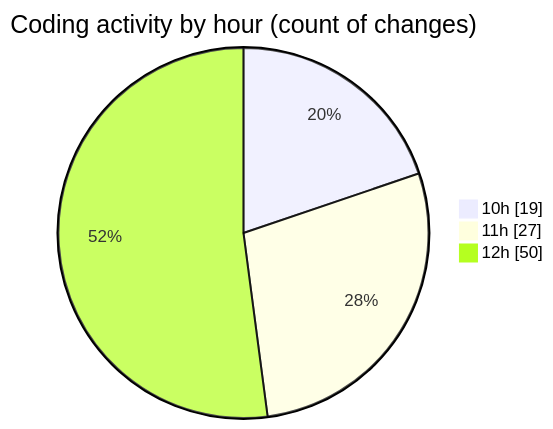
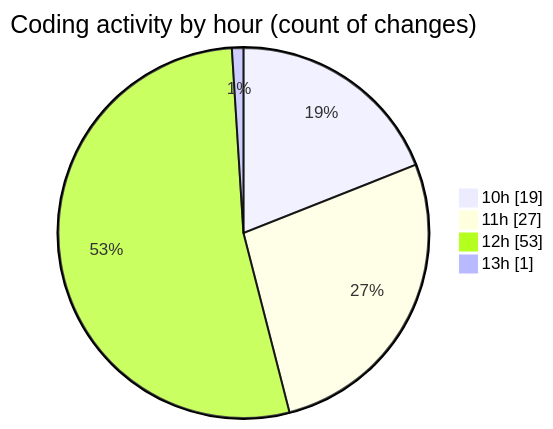
Before and after one commit to momahboobian/code-tracking: the second of 2 diagrams in 2025-03-18/cda/README.md, drawn with Mermaid. The commit also changed other lines of this file and 1 other file, not shown here.

````diff
--- a/2025-03-18/cda/README.md
+++ b/2025-03-18/cda/README.md
@@ -42,7 +42,8 @@
 ```mermaid
 pie showData
 title Coding activity by hour (count of changes)
 "10h" : 19
 "11h" : 27
-"12h" : 50
+"12h" : 53
+"13h" : 1
 ```
````
